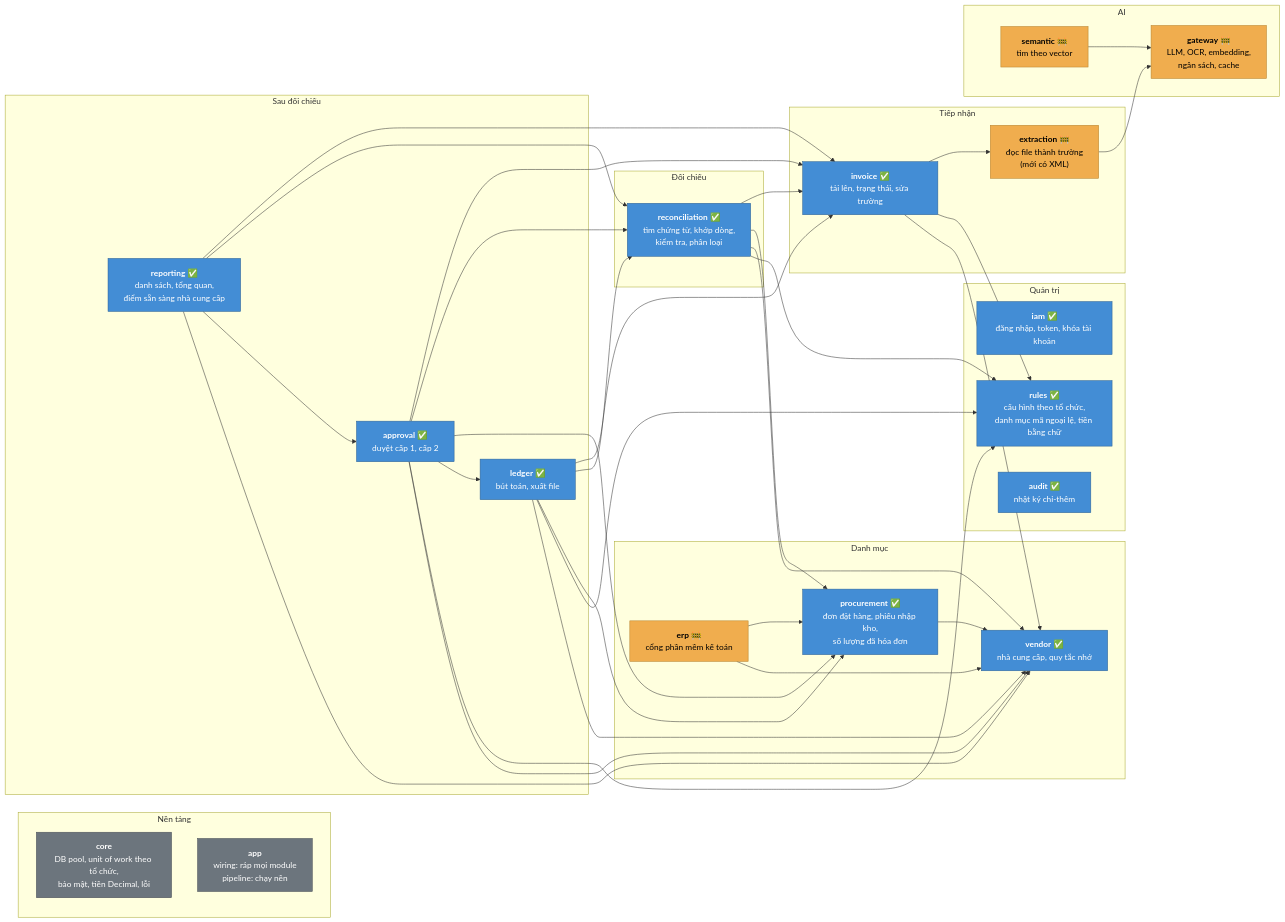
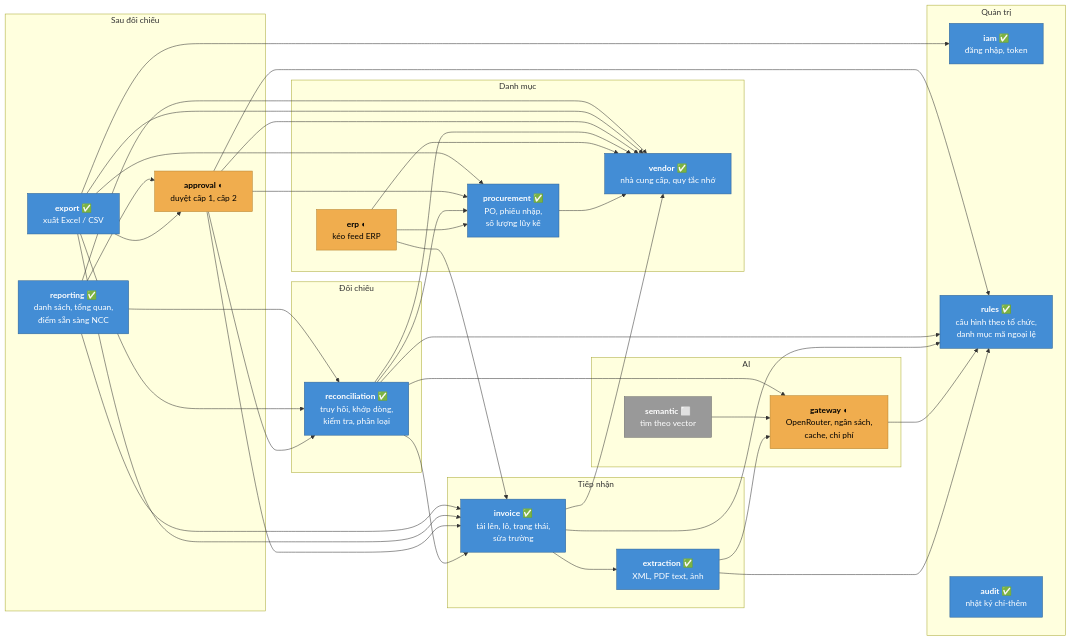
The third of 7 diagrams in docs/C4_DESIGN.md (kamitoznguyen-collab/Fantastic4-BuildPhase), drawn with Mermaid before and after one commit. The commit also changed other lines of this file and 2 other files, not shown here.

````diff
--- a/docs/C4_DESIGN.md
+++ b/docs/C4_DESIGN.md
@@ -127,56 +131,53 @@
 ```mermaid
 flowchart LR
-    subgraph platform["Nền tảng"]
-        core["<b>core</b><br/>DB pool, unit of work theo tổ chức,<br/>bảo mật, tiền Decimal, lỗi"]
-        app["<b>app</b><br/>wiring: ráp mọi module<br/>pipeline: chạy nền"]
-    end
-
     subgraph admin["Quản trị"]
-        iam["<b>iam</b> ✅<br/>đăng nhập, token, khóa tài khoản"]
-        rules["<b>rules</b> ✅<br/>cấu hình theo tổ chức,<br/>danh mục mã ngoại lệ, tiền bằng chữ"]
+        iam["<b>iam</b> ✅<br/>đăng nhập, token"]
+        rules["<b>rules</b> ✅<br/>cấu hình theo tổ chức,<br/>danh mục mã ngoại lệ"]
         audit["<b>audit</b> ✅<br/>nhật ký chỉ-thêm"]
     end
 
     subgraph master["Danh mục"]
         vendor["<b>vendor</b> ✅<br/>nhà cung cấp, quy tắc nhớ"]
-        procurement["<b>procurement</b> ✅<br/>đơn đặt hàng, phiếu nhập kho,<br/>số lượng đã hóa đơn"]
-        erp["<b>erp</b> 🚧<br/>cổng phần mềm kế toán"]
+        procurement["<b>procurement</b> ✅<br/>PO, phiếu nhập,<br/>số lượng lũy kế"]
+        erp["<b>erp</b> ◐<br/>kéo feed ERP"]
     end
 
     subgraph intake["Tiếp nhận"]
-        invoice["<b>invoice</b> ✅<br/>tải lên, trạng thái, sửa trường"]
-        extraction["<b>extraction</b> 🚧<br/>đọc file thành trường<br/>(mới có XML)"]
+        invoice["<b>invoice</b> ✅<br/>tải lên, lô, trạng thái,<br/>sửa trường"]
+        extraction["<b>extraction</b> ✅<br/>XML, PDF text, ảnh"]
     end
 
     subgraph match["Đối chiếu"]
-        reconciliation["<b>reconciliation</b> ✅<br/>tìm chứng từ, khớp dòng,<br/>kiểm tra, phân loại"]
+        reconciliation["<b>reconciliation</b> ✅<br/>truy hồi, khớp dòng,<br/>kiểm tra, phân loại"]
     end
 
     subgraph after["Sau đối chiếu"]
-        approval["<b>approval</b> ✅<br/>duyệt cấp 1, cấp 2"]
-        ledger["<b>ledger</b> ✅<br/>bút toán, xuất file"]
-        reporting["<b>reporting</b> ✅<br/>danh sách, tổng quan,<br/>điểm sẵn sàng nhà cung cấp"]
+        approval["<b>approval</b> ◐<br/>duyệt cấp 1, cấp 2"]
+        export["<b>export</b> ✅<br/>xuất Excel / CSV"]
+        reporting["<b>reporting</b> ✅<br/>danh sách, tổng quan,<br/>điểm sẵn sàng NCC"]
     end
 
     subgraph aimods["AI"]
-        gateway["<b>gateway</b> 🚧<br/>LLM, OCR, embedding,<br/>ngân sách, cache"]
-        semantic["<b>semantic</b> 🚧<br/>tìm theo vector"]
+        gateway["<b>gateway</b> ◐<br/>OpenRouter, ngân sách,<br/>cache, chi phí"]
+        semantic["<b>semantic</b> ⬜<br/>tìm theo vector"]
     end
 
     invoice --> extraction --> gateway
+    extraction --> rules
+    gateway --> rules
     semantic --> gateway
     invoice --> rules & vendor
     procurement --> vendor
-    erp --> procurement & vendor
-    reconciliation --> invoice & procurement & vendor & rules
-    approval --> invoice & reconciliation & procurement & ledger & rules & vendor
-    ledger --> invoice & reconciliation & procurement & rules & vendor
+    erp --> invoice & procurement & vendor
+    reconciliation --> invoice & procurement & vendor & rules & gateway
+    approval --> invoice & reconciliation & procurement & rules & vendor
+    export --> approval & iam & invoice & procurement & reconciliation & vendor
     reporting --> invoice & reconciliation & approval & vendor
 
     classDef done fill:#438dd5,color:#fff,stroke:#2e6295
     classDef wip fill:#f0ad4e,color:#000,stroke:#b7832f
-    classDef base fill:#6c757d,color:#fff,stroke:#495057
-    class iam,rules,audit,vendor,procurement,invoice,reconciliation,approval,ledger,reporting done
-    class erp,extraction,gateway,semantic wip
-    class core,app base
+    classDef todo fill:#999,color:#fff,stroke:#6b6b6b
+    class iam,rules,audit,vendor,procurement,invoice,extraction,reconciliation,export,reporting done
+    class erp,approval,gateway wip
+    class semantic todo
 ```
````
